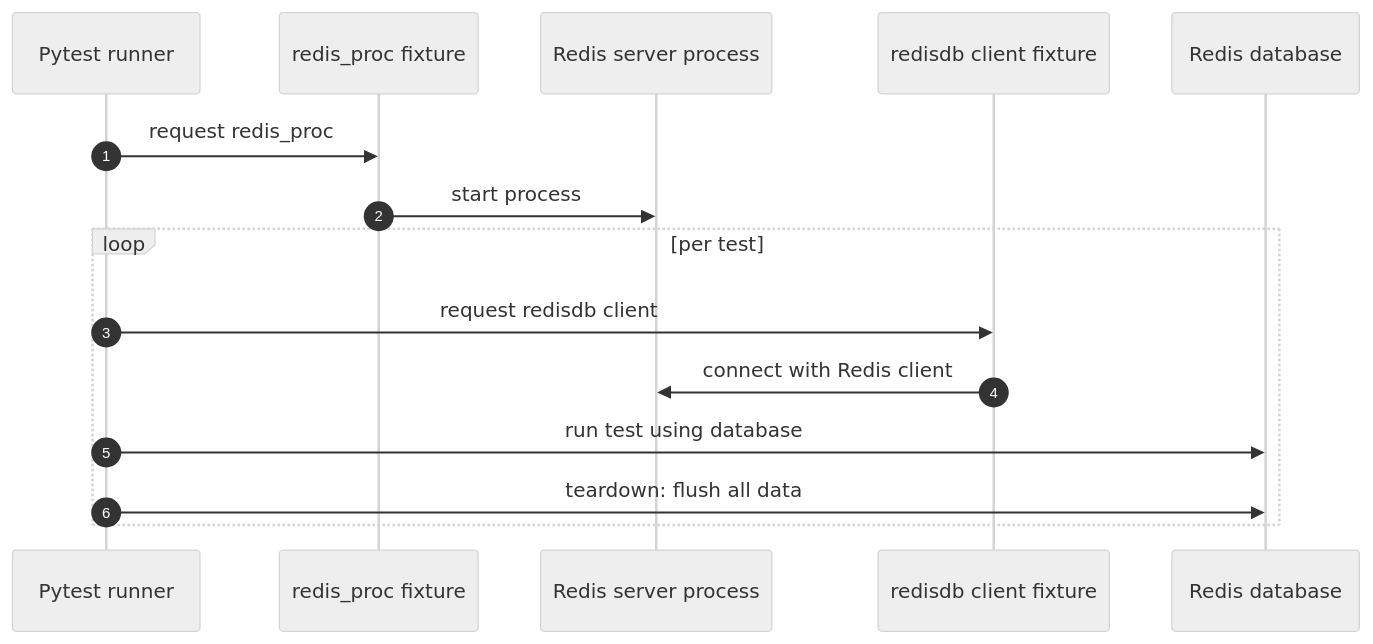
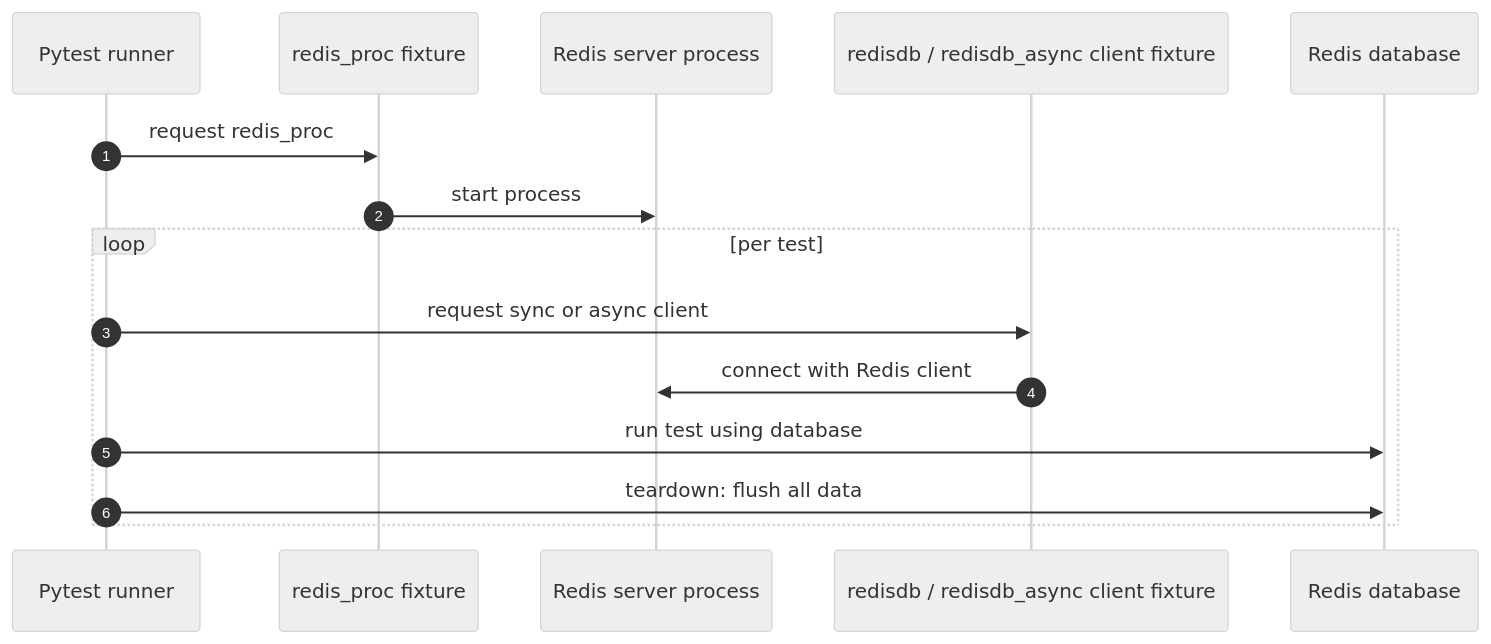
Before and after one commit to dbfixtures/pytest-redis: the diagram in docs/architecture.mmd, drawn with Mermaid (neutral theme). The commit also changed 13 other files, not shown here.

```diff
--- a/docs/architecture.mmd
+++ b/docs/architecture.mmd
@@ -1,16 +1,16 @@
 sequenceDiagram
     autonumber
     participant Pytest as Pytest runner
     participant ProcFactory as redis_proc fixture
     participant RedisProcess as Redis server process
-    participant ClientFactory as redisdb client fixture
+    participant ClientFactory as redisdb / redisdb_async client fixture
     participant Redis as Redis database
 
     Pytest->>ProcFactory: request redis_proc
     ProcFactory->>RedisProcess: start process
     loop per test
-        Pytest->>ClientFactory: request redisdb client
+        Pytest->>ClientFactory: request sync or async client
         ClientFactory->>RedisProcess: connect with Redis client
         Pytest->>Redis: run test using database
         Pytest->>Redis: teardown: flush all data
     end
```
